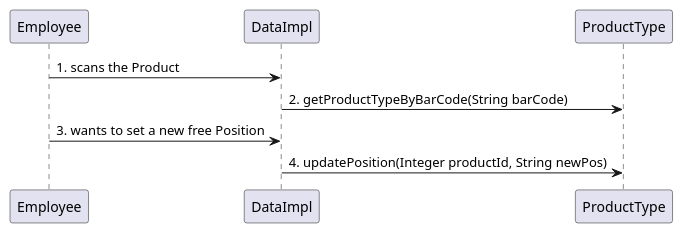
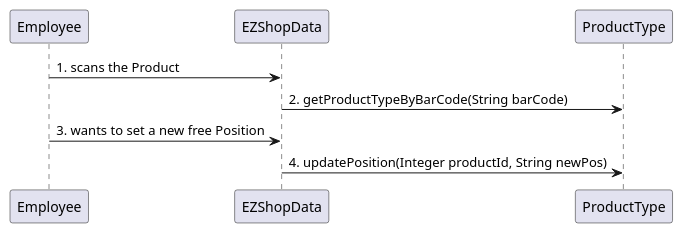
The fourth of 31 diagrams in Deliverables/DesignDocument.md (djemar/softeng_ezshop), drawn with PlantUML before and after one commit. The commit also changed other lines of this file, not shown here.

Commit message:
update SequenceDiagrams

````diff
--- a/Deliverables/DesignDocument.md
+++ b/Deliverables/DesignDocument.md
@@ -286,6 +286,6 @@
 ```plantuml
-"Employee" -> "DataImpl": 1. scans the Product
-"DataImpl" -> "ProductType" : 2. getProductTypeByBarCode(String barCode)
-"Employee" -> "DataImpl": 3. wants to set a new free Position
-"DataImpl" -> "ProductType": 4. updatePosition(Integer productId, String newPos)
+"Employee" -> "EZShopData": 1. scans the Product
+"EZShopData" -> "ProductType" : 2. getProductTypeByBarCode(String barCode)
+"Employee" -> "EZShopData": 3. wants to set a new free Position
+"EZShopData" -> "ProductType": 4. updatePosition(Integer productId, String newPos)
 ```
````
